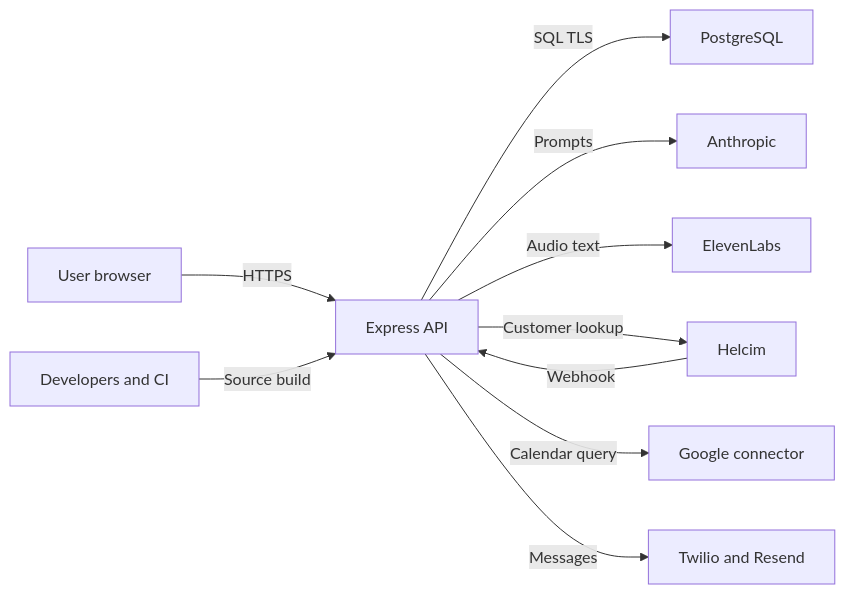
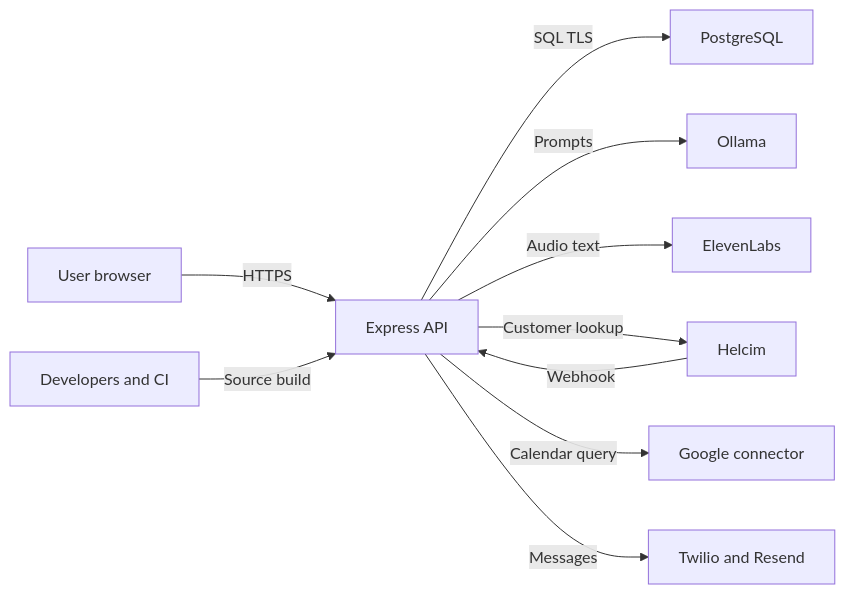
The diagram in Kindred-Asterling-AI-Coaching-threat-model.md (Griffixchips15/Kindred-Asterling-AI-Coaching), drawn with Mermaid before and after one commit. The commit also changed other lines of this file and 141 other files, not shown here.

````diff
--- a/Kindred-Asterling-AI-Coaching-threat-model.md
+++ b/Kindred-Asterling-AI-Coaching-threat-model.md
@@ -48,12 +48,12 @@
 ```mermaid
 flowchart LR
   U["User browser"] -->|HTTPS| API["Express API"]
   API -->|SQL TLS| DB["PostgreSQL"]
-  API -->|Prompts| AI["Anthropic"]
+  API -->|Prompts| AI["Ollama"]
   API -->|Audio text| VOICE["ElevenLabs"]
   PAY["Helcim"] -->|Webhook| API
   API -->|Customer lookup| PAY
   API -->|Calendar query| CAL["Google connector"]
   API -->|Messages| MSG["Twilio and Resend"]
   DEV["Developers and CI"] -->|Source build| API
 ```
````
